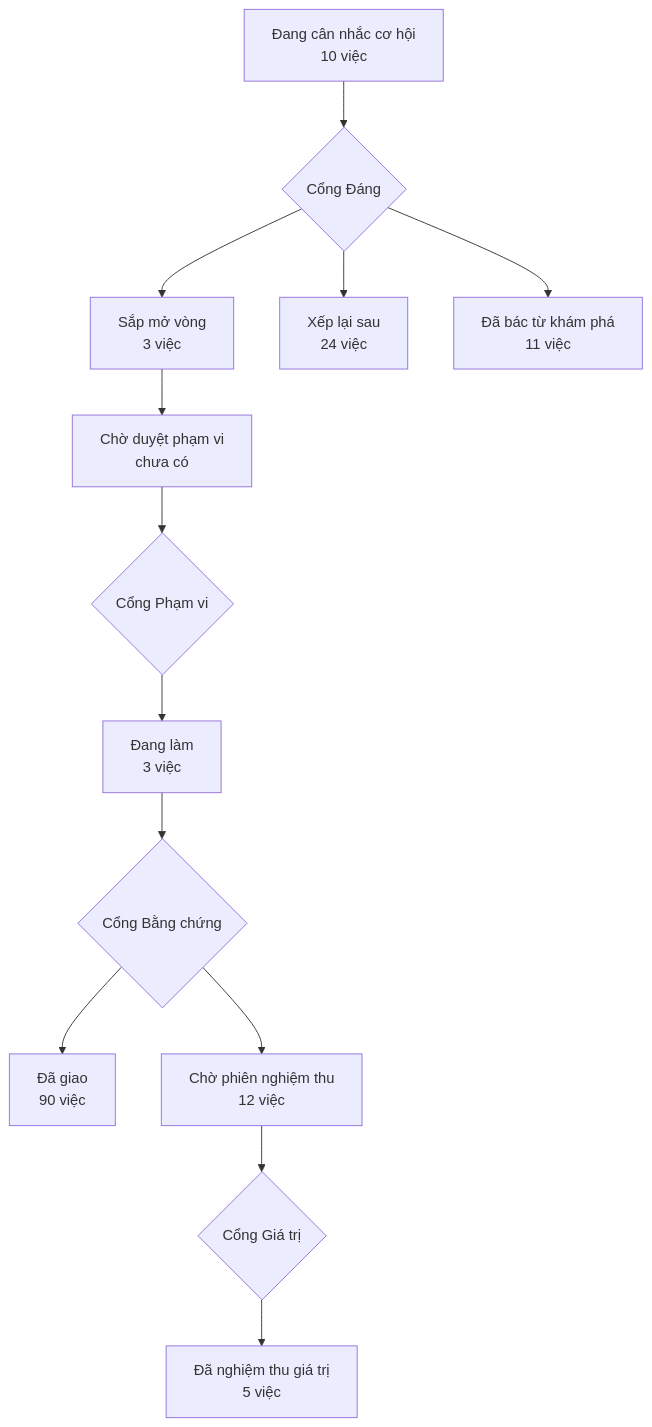
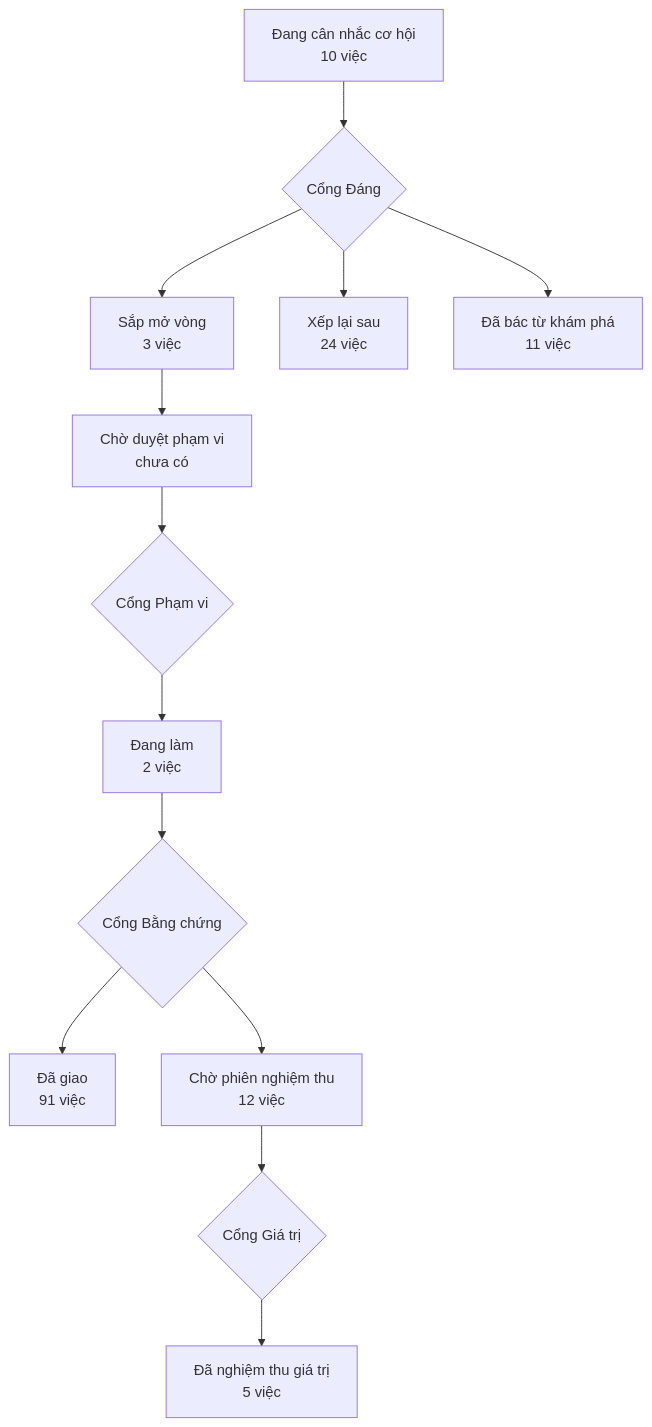
Before and after one commit to phanlemanh/acceptance-gate-kit: the diagram in PRODUCT-MAP.md, drawn with Mermaid. The commit also changed 4 other files, not shown here.

````diff
--- a/PRODUCT-MAP.md
+++ b/PRODUCT-MAP.md
@@ -6,12 +6,12 @@
 ```mermaid
 flowchart TD
   A["Đang cân nhắc cơ hội<br/>10 việc"] --> GD{"Cổng Đáng"}
   GD --> B["Sắp mở vòng<br/>3 việc"]
   GD --> XL["Xếp lại sau<br/>24 việc"]
   GD --> DB["Đã bác từ khám phá<br/>11 việc"]
   B --> CD["Chờ duyệt phạm vi<br/>chưa có"] --> GP{"Cổng Phạm vi"}
-  GP --> DL["Đang làm<br/>3 việc"] --> GB{"Cổng Bằng chứng"}
-  GB --> DG["Đã giao<br/>90 việc"]
+  GP --> DL["Đang làm<br/>2 việc"] --> GB{"Cổng Bằng chứng"}
+  GB --> DG["Đã giao<br/>91 việc"]
   GB --> CN["Chờ phiên nghiệm thu<br/>12 việc"] --> GG{"Cổng Giá trị"}
   GG --> NT["Đã nghiệm thu giá trị<br/>5 việc"]
 ```
````
